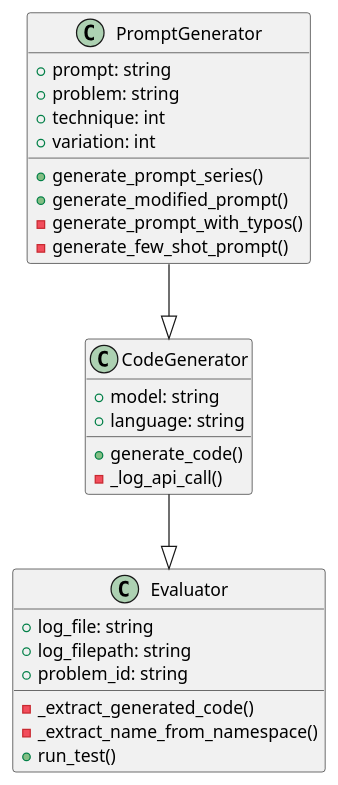
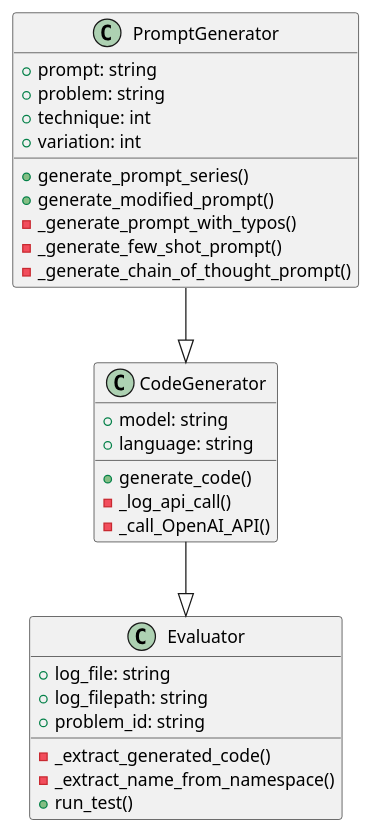
One commit to RinaCarvalho/TG2 changed the diagram in diagram.puml. Above: the diagram before and after it, drawn with PlantUML.

Commit message:
Update UML graph

```diff
--- a/diagram.puml
+++ b/diagram.puml
@@ -1,31 +1,33 @@
 @startuml
 class PromptGenerator {
     + prompt: string
     + problem: string
     + technique: int
     + variation: int
     + generate_prompt_series()
     + generate_modified_prompt()
-    - generate_prompt_with_typos()
-    - generate_few_shot_prompt()
+    - _generate_prompt_with_typos()
+    - _generate_few_shot_prompt()
+    - _generate_chain_of_thought_prompt()
 }
 
 class CodeGenerator {
     + model: string
     + language: string
     + generate_code()
     - _log_api_call()
+    - _call_OpenAI_API()
 }
 
 class Evaluator {
     + log_file: string
     + log_filepath: string
     + problem_id: string
     - _extract_generated_code()
     - _extract_name_from_namespace()
     + run_test()
 }
 
 PromptGenerator --|> CodeGenerator
 CodeGenerator --|> Evaluator
 @enduml
```
